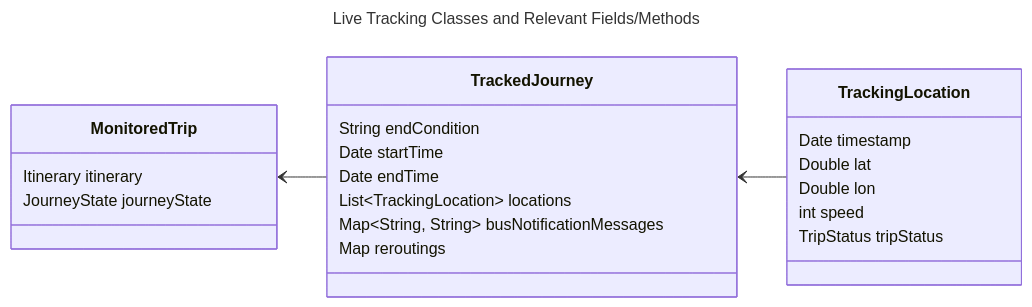
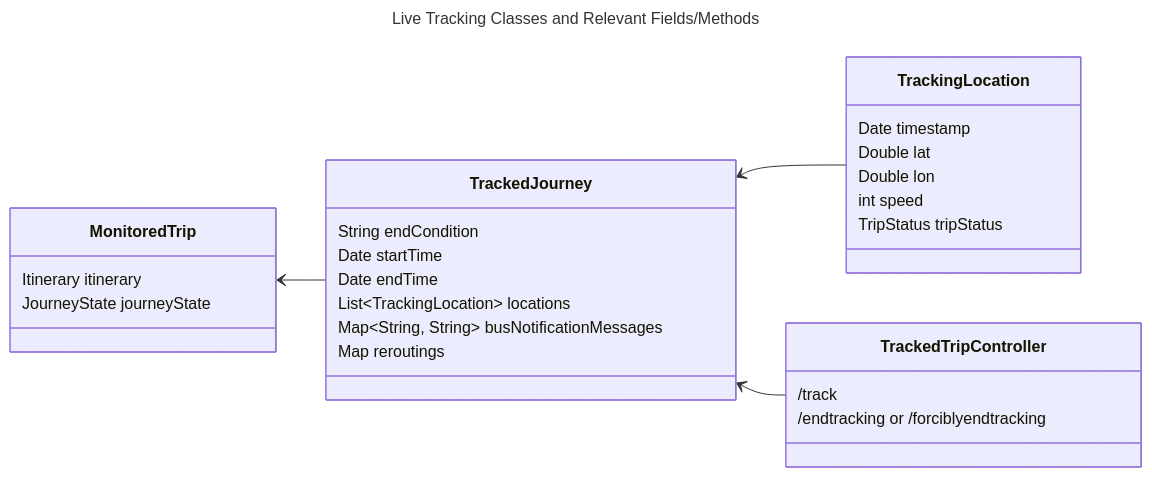
The first of 3 diagrams in docs/live-tracking.md (ibi-group/otp-middleware), drawn with Mermaid before and after one commit. The commit also changed other lines of this file, not shown here.

````diff
--- a/docs/live-tracking.md
+++ b/docs/live-tracking.md
@@ -8,29 +8,34 @@
 ```mermaid
 ---
 title: Live Tracking Classes and Relevant Fields/Methods
 ---
 classDiagram
     direction RL
     class MonitoredTrip {
         Itinerary itinerary
         JourneyState journeyState
     }
     class TrackingLocation {
         Date timestamp
         Double lat
         Double lon
         int speed
         TripStatus tripStatus
     }
     class TrackedJourney {
         String endCondition
         Date startTime
         Date endTime
         List~TrackingLocation~ locations
         Map~String, String~ busNotificationMessages
         Map<String, Date> reroutings
     }
+    class TrackedTripController {
+        /track
+        /endtracking or /forciblyendtracking
+    }
     TrackedJourney --> MonitoredTrip
     TrackingLocation --> TrackedJourney
+    TrackedTripController --> TrackedJourney
 
 ```
````
